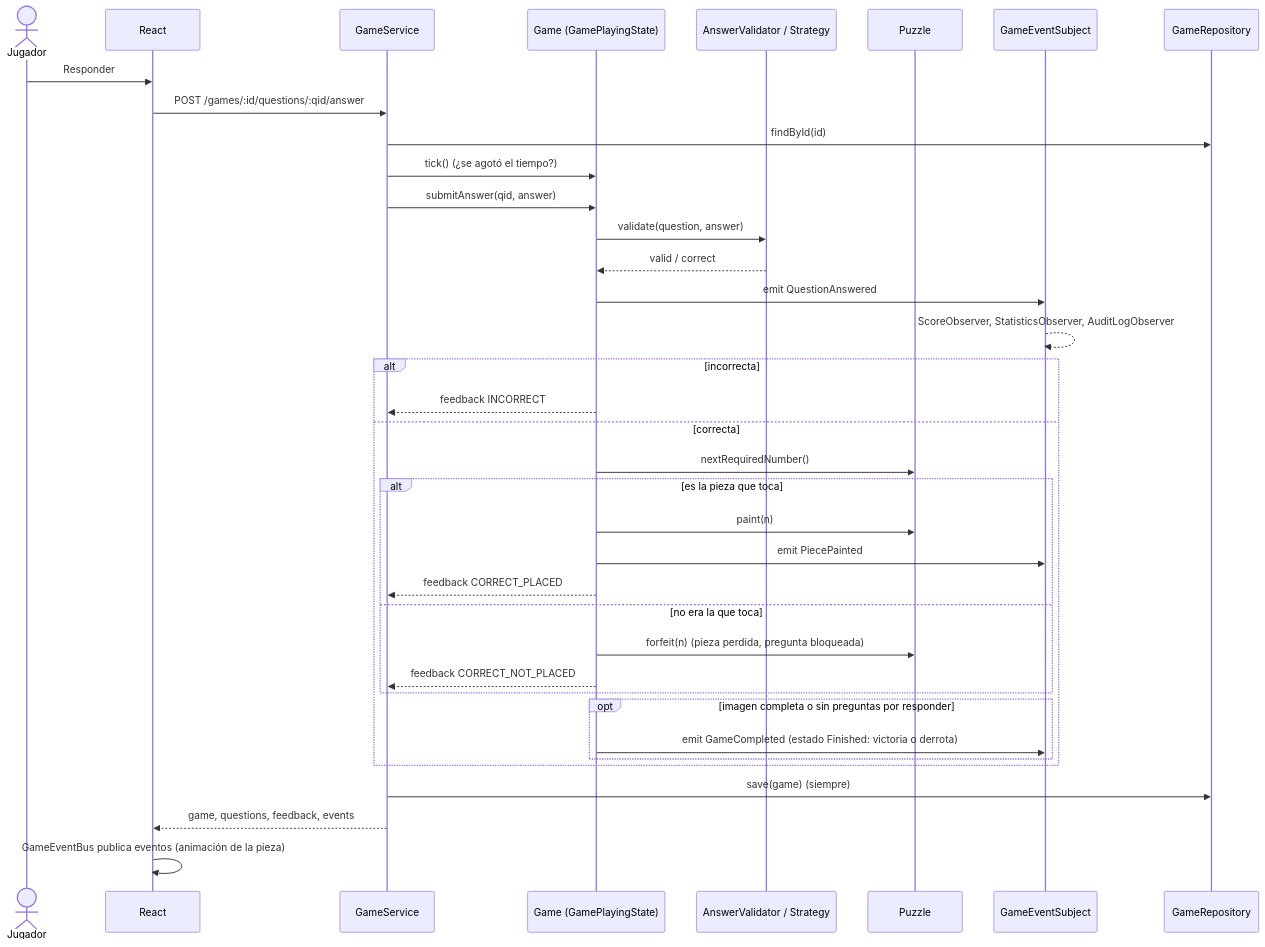
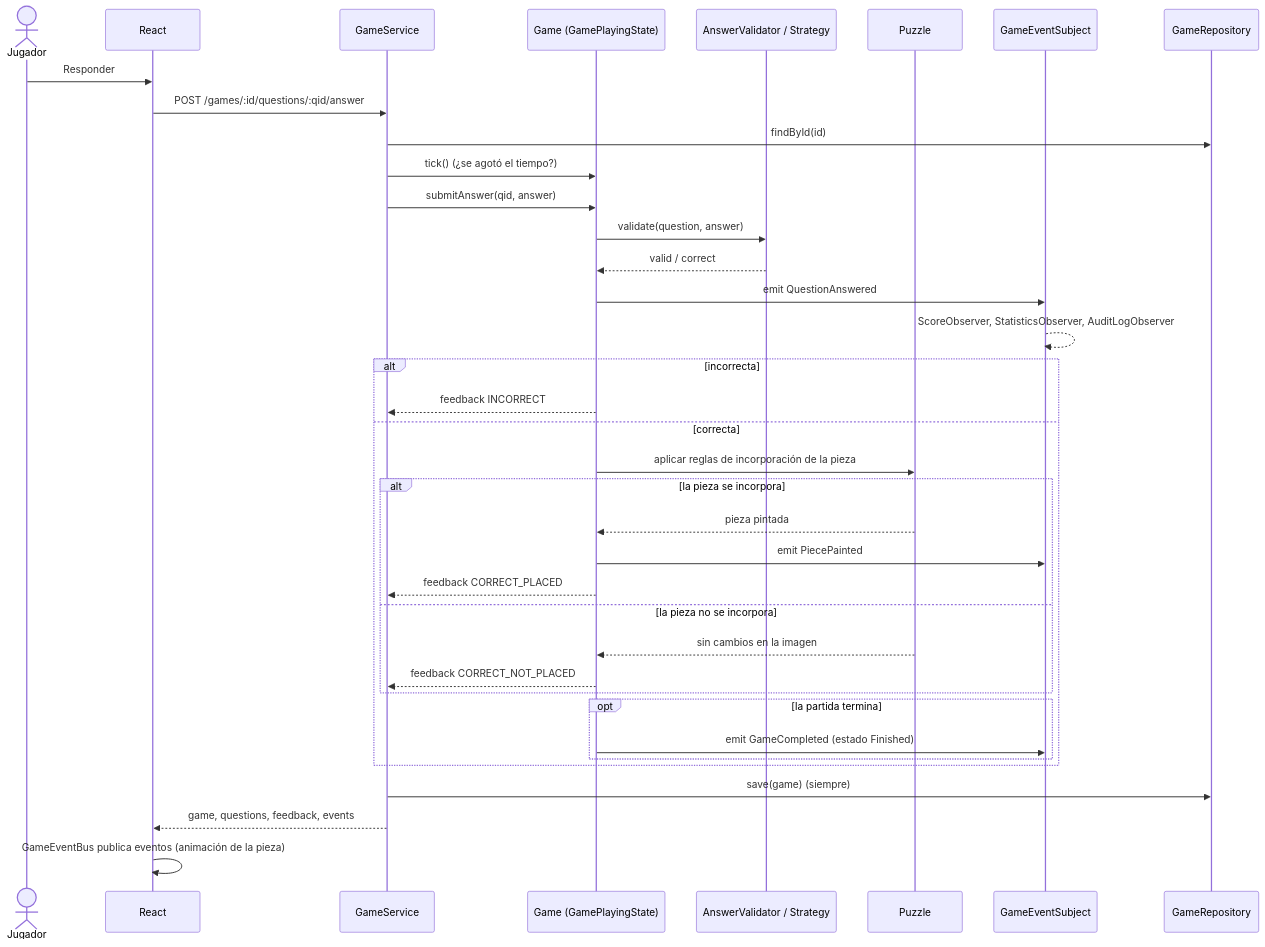
One commit to davidarce0109-sketch/logic_paint changed the third of 5 diagrams in docs/uml.md. Above: the diagram before and after it, drawn with Mermaid. The commit also changed other lines of this file and 3 other files, not shown here.

````diff
--- a/docs/uml.md
+++ b/docs/uml.md
@@ -167,40 +167,40 @@
 ```mermaid
 sequenceDiagram
   actor J as Jugador
   participant UI as React
   participant S as GameService
   participant G as Game (GamePlayingState)
   participant V as AnswerValidator / Strategy
   participant P as Puzzle
   participant E as GameEventSubject
   participant R as GameRepository
 
   J->>UI: Responder
   UI->>S: POST /games/:id/questions/:qid/answer
   S->>R: findById(id)
   S->>G: tick() (¿se agotó el tiempo?)
   S->>G: submitAnswer(qid, answer)
   G->>V: validate(question, answer)
   V-->>G: valid / correct
   G->>E: emit QuestionAnswered
   E-->>E: ScoreObserver, StatisticsObserver, AuditLogObserver
   alt incorrecta
     G-->>S: feedback INCORRECT
   else correcta
-    G->>P: nextRequiredNumber()
-    alt es la pieza que toca
-      G->>P: paint(n)
+    G->>P: aplicar reglas de incorporación de la pieza
+    alt la pieza se incorpora
+      P-->>G: pieza pintada
       G->>E: emit PiecePainted
       G-->>S: feedback CORRECT_PLACED
-    else no era la que toca
-      G->>P: forfeit(n) (pieza perdida, pregunta bloqueada)
+    else la pieza no se incorpora
+      P-->>G: sin cambios en la imagen
       G-->>S: feedback CORRECT_NOT_PLACED
     end
-    opt imagen completa o sin preguntas por responder
-      G->>E: emit GameCompleted (estado Finished: victoria o derrota)
+    opt la partida termina
+      G->>E: emit GameCompleted (estado Finished)
     end
   end
   S->>R: save(game) (siempre)
   S-->>UI: game, questions, feedback, events
   UI->>UI: GameEventBus publica eventos (animación de la pieza)
 ```
````
